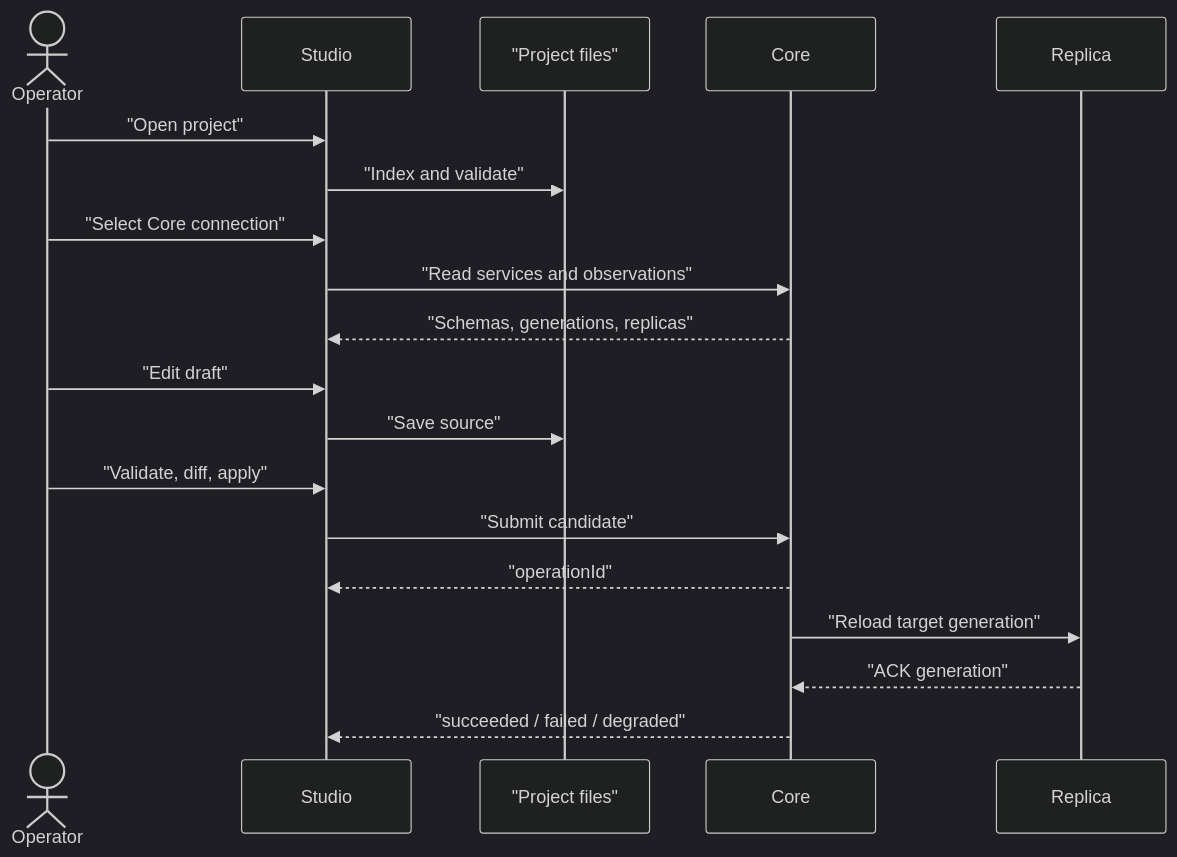
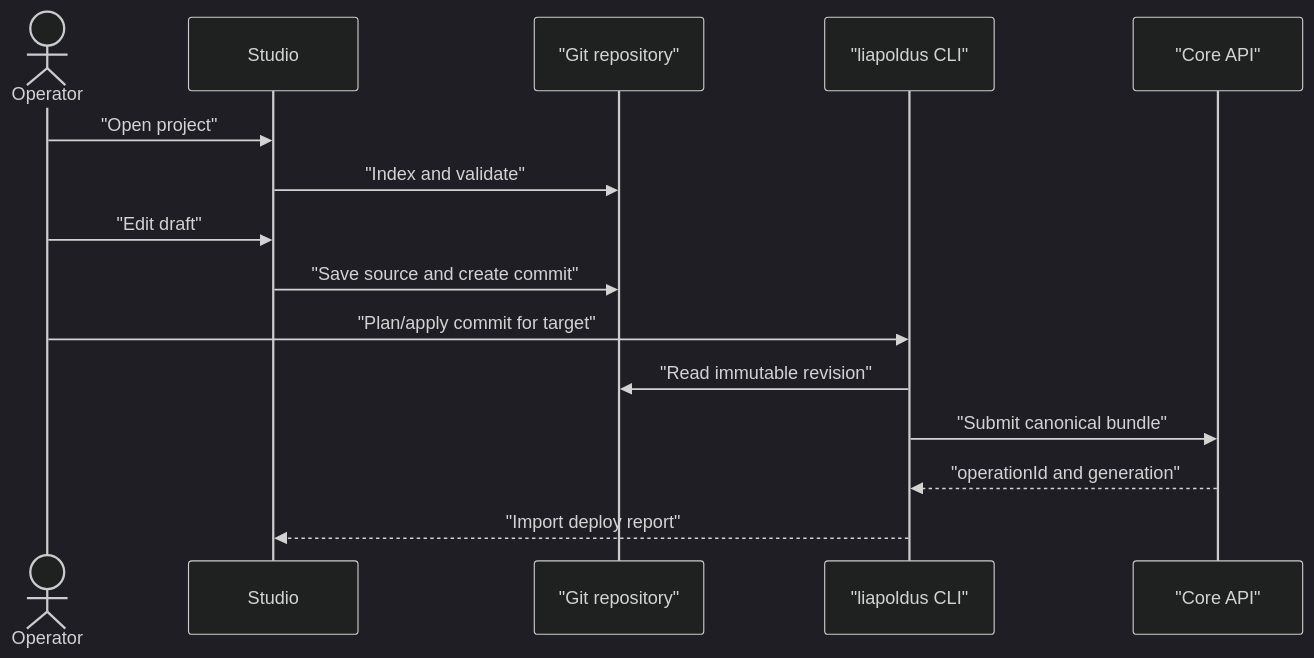
Before and after one commit to Liapoldus/studio: the diagram in docs/diagrams/studio-project-sync.mmd, drawn with Mermaid (dark theme). The commit also changed 8 other files, not shown here.

```diff
--- a/docs/diagrams/studio-project-sync.mmd
+++ b/docs/diagrams/studio-project-sync.mmd
@@ -1,19 +1,15 @@
 sequenceDiagram
     actor Operator
     participant Studio
-    participant Files as "Project files"
-    participant Core
-    participant Replica
+    participant Git as "Git repository"
+    participant CLI as "liapoldus CLI"
+    participant Core as "Core API"
     Operator->>Studio: "Open project"
-    Studio->>Files: "Index and validate"
-    Operator->>Studio: "Select Core connection"
-    Studio->>Core: "Read services and observations"
-    Core-->>Studio: "Schemas, generations, replicas"
+    Studio->>Git: "Index and validate"
     Operator->>Studio: "Edit draft"
-    Studio->>Files: "Save source"
-    Operator->>Studio: "Validate, diff, apply"
-    Studio->>Core: "Submit candidate"
-    Core-->>Studio: "operationId"
-    Core->>Replica: "Reload target generation"
-    Replica-->>Core: "ACK generation"
-    Core-->>Studio: "succeeded / failed / degraded"
+    Studio->>Git: "Save source and create commit"
+    Operator->>CLI: "Plan/apply commit for target"
+    CLI->>Git: "Read immutable revision"
+    CLI->>Core: "Submit canonical bundle"
+    Core-->>CLI: "operationId and generation"
+    CLI-->>Studio: "Import deploy report"
```
